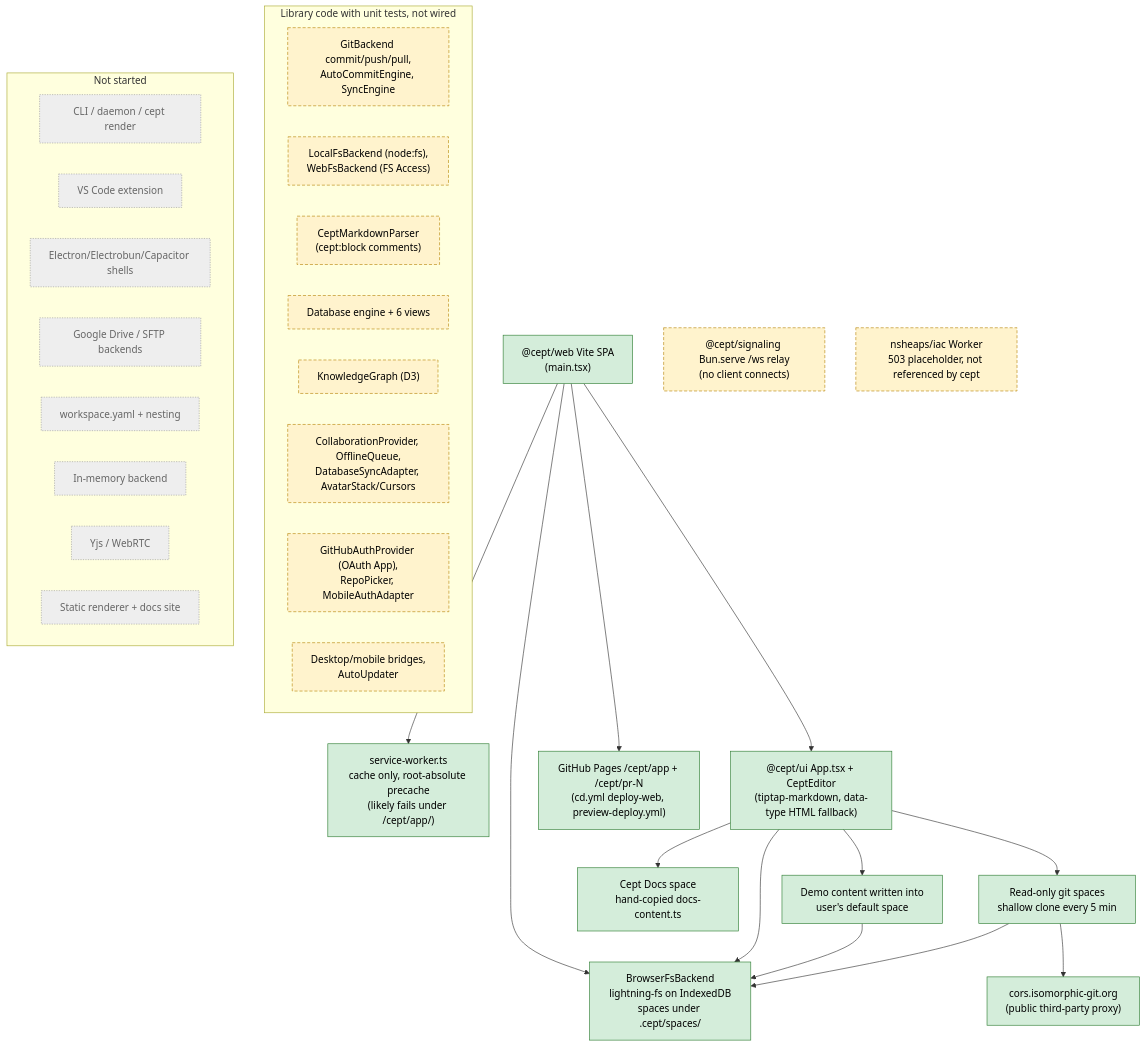
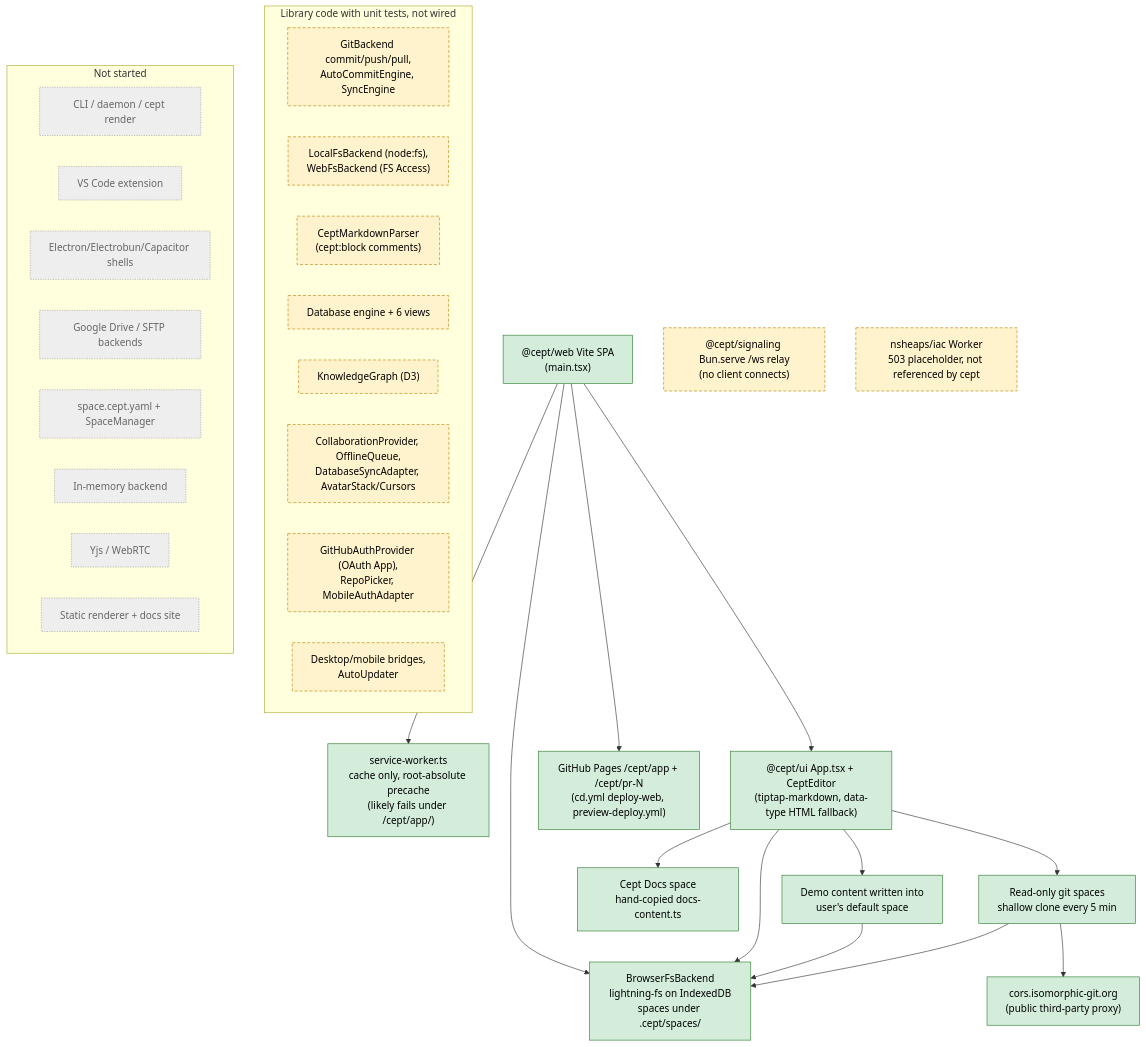
The second of 2 diagrams in docs/specs/requirements/README.md (nsheaps/cept), drawn with Mermaid before and after one commit. The commit also changed other lines of this file and 12 other files, not shown here.

````diff
--- a/docs/specs/requirements/README.md
+++ b/docs/specs/requirements/README.md
@@ -258,51 +263,51 @@
 ```mermaid
 flowchart TB
   classDef live fill:#d4edda,stroke:#2e7d32,color:#000
   classDef lib fill:#fff3cd,stroke:#b8860b,stroke-dasharray:5 3,color:#000
   classDef none fill:#eeeeee,stroke:#9e9e9e,stroke-dasharray:2 2,color:#666
 
   WEB["@cept/web Vite SPA<br/>(main.tsx)"]:::live
   SW["service-worker.ts<br/>cache only, root-absolute precache<br/>(likely fails under /cept/app/)"]:::live
   UI["@cept/ui App.tsx + CeptEditor<br/>(tiptap-markdown, data-type HTML fallback)"]:::live
   BFS["BrowserFsBackend<br/>lightning-fs on IndexedDB<br/>spaces under .cept/spaces/"]:::live
   DEMO["Demo content written into<br/>user's default space"]:::live
   DOCS["Cept Docs space<br/>hand-copied docs-content.ts"]:::live
   GITRO["Read-only git spaces<br/>shallow clone every 5 min"]:::live
   CORSPUB["cors.isomorphic-git.org<br/>(public third-party proxy)"]:::live
   PAGES["GitHub Pages /cept/app + /cept/pr-N<br/>(cd.yml deploy-web, preview-deploy.yml)"]:::live
   SIG["@cept/signaling Bun.serve /ws relay<br/>(no client connects)"]:::lib
 
   subgraph LIB["Library code with unit tests, not wired"]
     GITB["GitBackend commit/push/pull,<br/>AutoCommitEngine, SyncEngine"]:::lib
     LFS["LocalFsBackend (node:fs),<br/>WebFsBackend (FS Access)"]:::lib
     PARSER["CeptMarkdownParser<br/>(cept:block comments)"]:::lib
     DB["Database engine + 6 views"]:::lib
     GRAPH["KnowledgeGraph (D3)"]:::lib
     CRDT["CollaborationProvider, OfflineQueue,<br/>DatabaseSyncAdapter, AvatarStack/Cursors"]:::lib
     AUTH["GitHubAuthProvider (OAuth App),<br/>RepoPicker, MobileAuthAdapter"]:::lib
     BRIDGE["Desktop/mobile bridges,<br/>AutoUpdater"]:::lib
   end
 
   IAC["nsheaps/iac Worker<br/>503 placeholder, not referenced by cept"]:::lib
 
   subgraph MISSING["Not started"]
     CLI["CLI / daemon / cept render"]:::none
     VSC["VS Code extension"]:::none
     SHELLS["Electron/Electrobun/Capacitor shells"]:::none
     GD["Google Drive / SFTP backends"]:::none
-    WSY["workspace.yaml + nesting"]:::none
+    WSY["space.cept.yaml + SpaceManager"]:::none
     MEM["In-memory backend"]:::none
     RTC["Yjs / WebRTC"]:::none
     SSG["Static renderer + docs site"]:::none
   end
 
   WEB --> UI
   WEB --> SW
   WEB --> BFS
   UI --> BFS
   UI --> DEMO --> BFS
   UI --> DOCS
   UI --> GITRO --> CORSPUB
   GITRO --> BFS
   WEB --> PAGES
 ```
````
